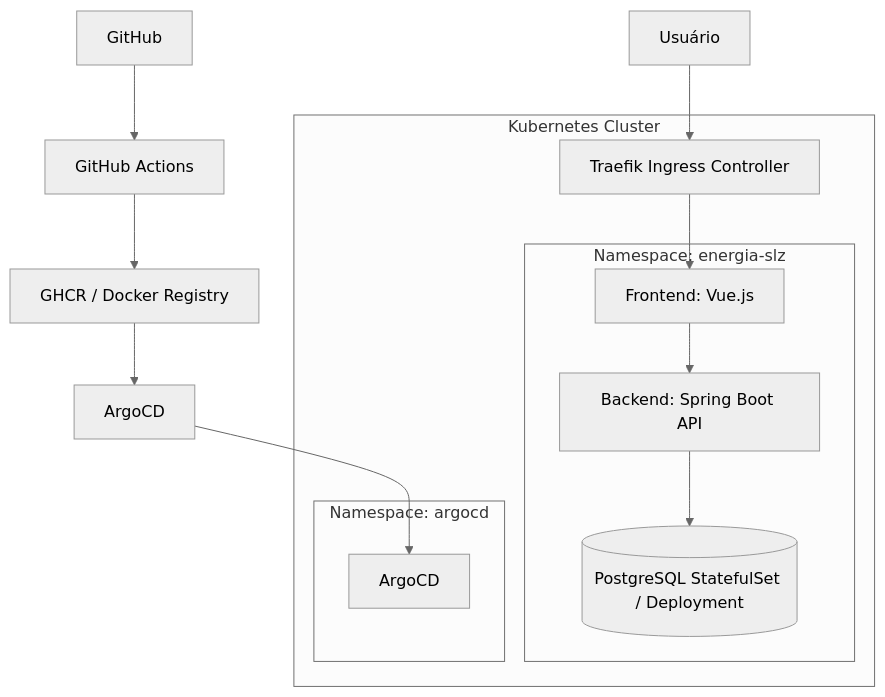
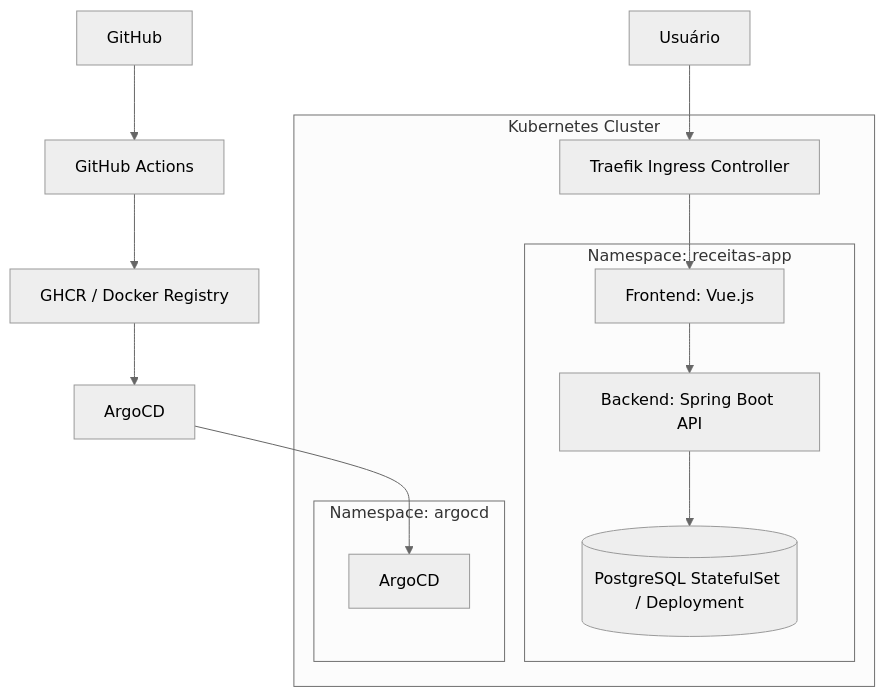
The diagram in README.md (jaimecabrito01/receitas-app-infra), drawn with Mermaid (neutral theme) before and after one commit.

Commit message:
Update namespace in README for application

````diff
--- a/README.md
+++ b/README.md
@@ -3,46 +3,46 @@
 ```mermaid
 flowchart TB
 
 USER[Usuário]
 
 GH[GitHub]
 GHA[GitHub Actions]
 CR[GHCR / Docker Registry]
 ARGO[ArgoCD]
 
 %% Fluxo de Acesso do Usuário
 USER --> TRAEFIK
 
 %% Fluxo de CI/CD (GitOps)
 GH --> GHA
 GHA --> CR
 CR --> ARGO
 
 subgraph K8S["Kubernetes Cluster"]
 
     TRAEFIK[Traefik Ingress Controller]
 
-    subgraph APP["Namespace: energia-slz"]
+    subgraph APP["Namespace: receitas-app "]
         
         VUE[Frontend: Vue.js]
         SPRING[Backend: Spring Boot API]
         POSTGRES[(PostgreSQL StatefulSet / Deployment)]
 
     end
 
     subgraph OPS["Namespace: argocd"]
 
         ARGO_INTERNAL[ArgoCD]
 
     end
 
     %% Fluxo de Comunicação Interna
     TRAEFIK --> VUE
     VUE --> SPRING
     SPRING --> POSTGRES
 
 end
 
 %% ArgoCD aplicando as mudanças no Cluster
 ARGO --> ARGO_INTERNAL
 ```
````
